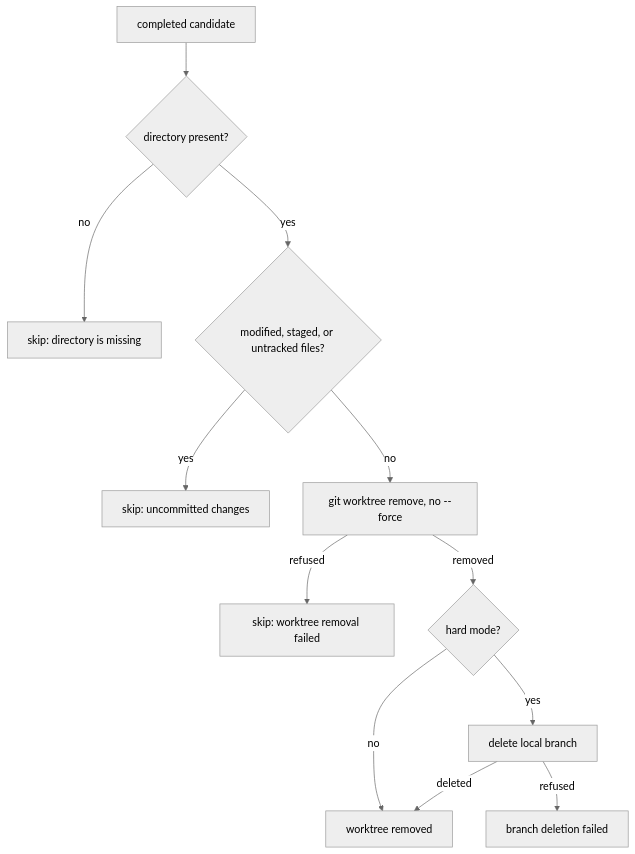
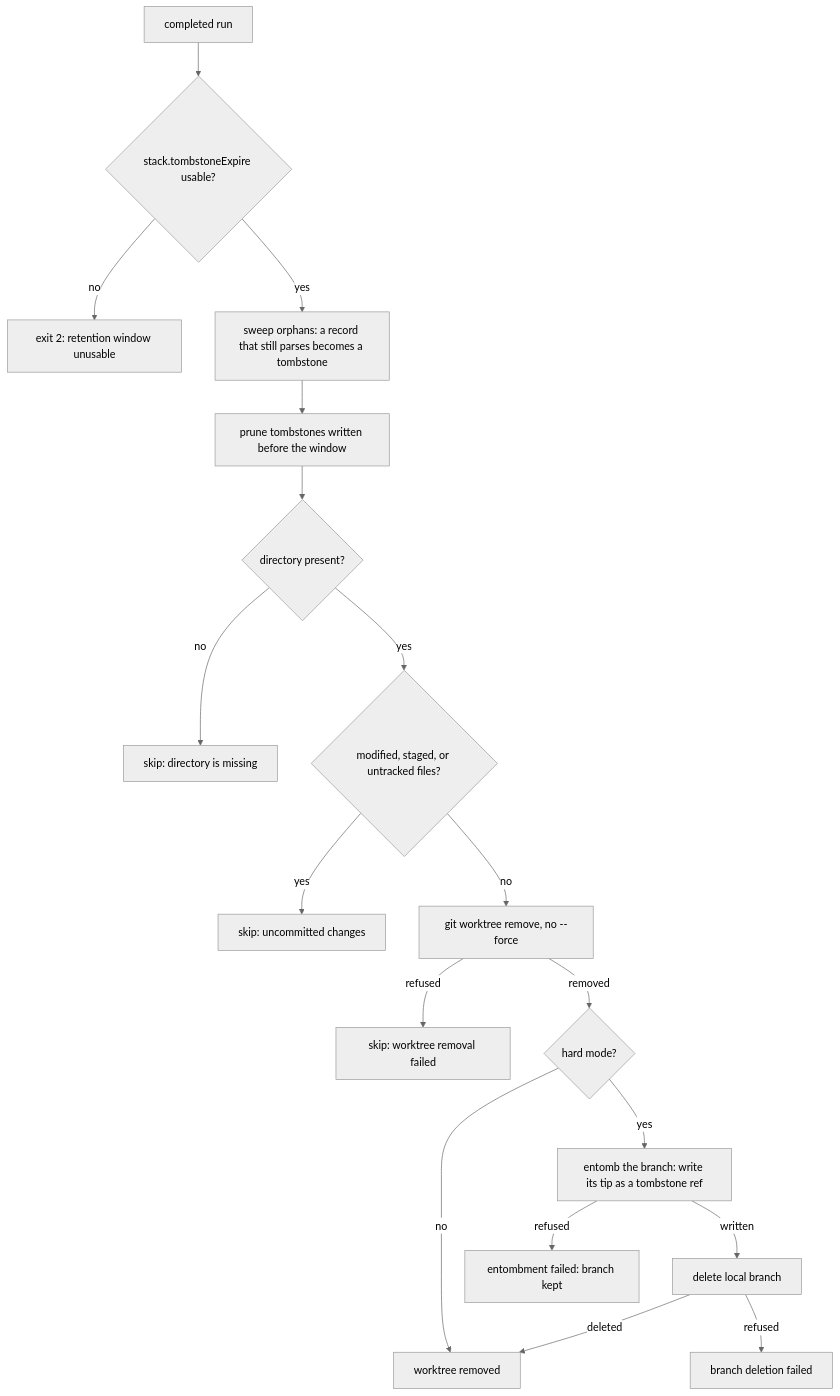
One commit to leynos/git-donkey changed the diagram in docs/plonk-cleanup-policy.md. Above: the diagram before and after it, drawn with Mermaid (neutral theme). The commit also changed other lines of this file and 1 other file, not shown here.

First line of the commit message:
Document the tombstone, the sweep, and the retention window

````diff
--- a/docs/plonk-cleanup-policy.md
+++ b/docs/plonk-cleanup-policy.md
@@ -9,14 +13,20 @@
 ```mermaid
 flowchart TD
-    Start["completed candidate"] --> Present{"directory present?"}
+    Start["completed run"] --> Window{"stack.tombstoneExpire usable?"}
+    Window -->|no| SkipWindow["exit 2: retention window unusable"]
+    Window -->|yes| Sweep["sweep orphans: a record that still parses becomes a tombstone"]
+    Sweep --> Prune["prune tombstones written before the window"]
+    Prune --> Present{"directory present?"}
     Present -->|no| SkipMissing["skip: directory is missing"]
     Present -->|yes| Dirty{"modified, staged, or untracked files?"}
     Dirty -->|yes| SkipDirty["skip: uncommitted changes"]
     Dirty -->|no| Remove["git worktree remove, no --force"]
     Remove -->|refused| SkipFailed["skip: worktree removal failed"]
     Remove -->|removed| Mode{"hard mode?"}
     Mode -->|no| Done["worktree removed"]
-    Mode -->|yes| Delete["delete local branch"]
+    Mode -->|yes| Entomb["entomb the branch: write its tip as a tombstone ref"]
+    Entomb -->|written| Delete["delete local branch"]
+    Entomb -->|refused| SkipEntomb["entombment failed: branch kept"]
     Delete -->|deleted| Done
     Delete -->|refused| ReportFailed["branch deletion failed"]
 ```
````
